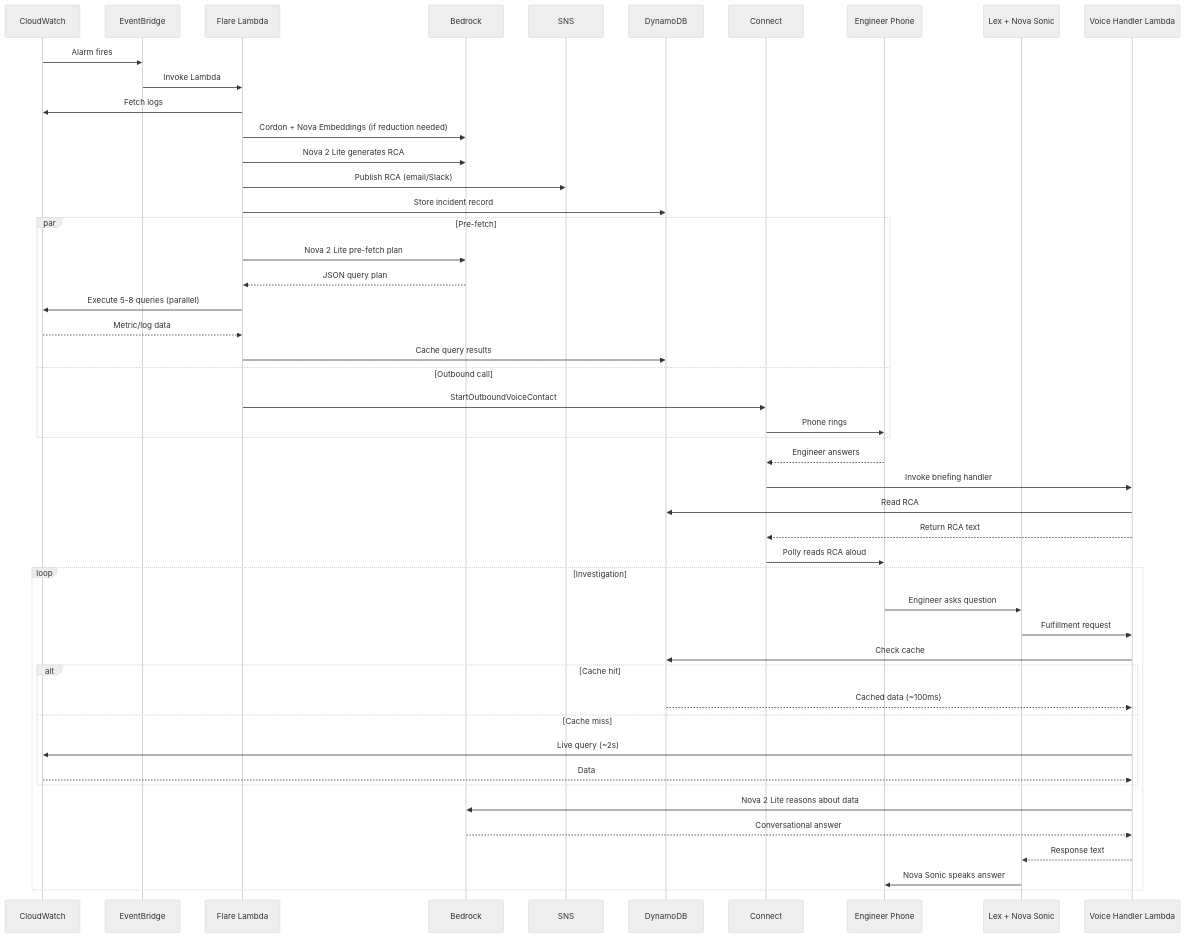
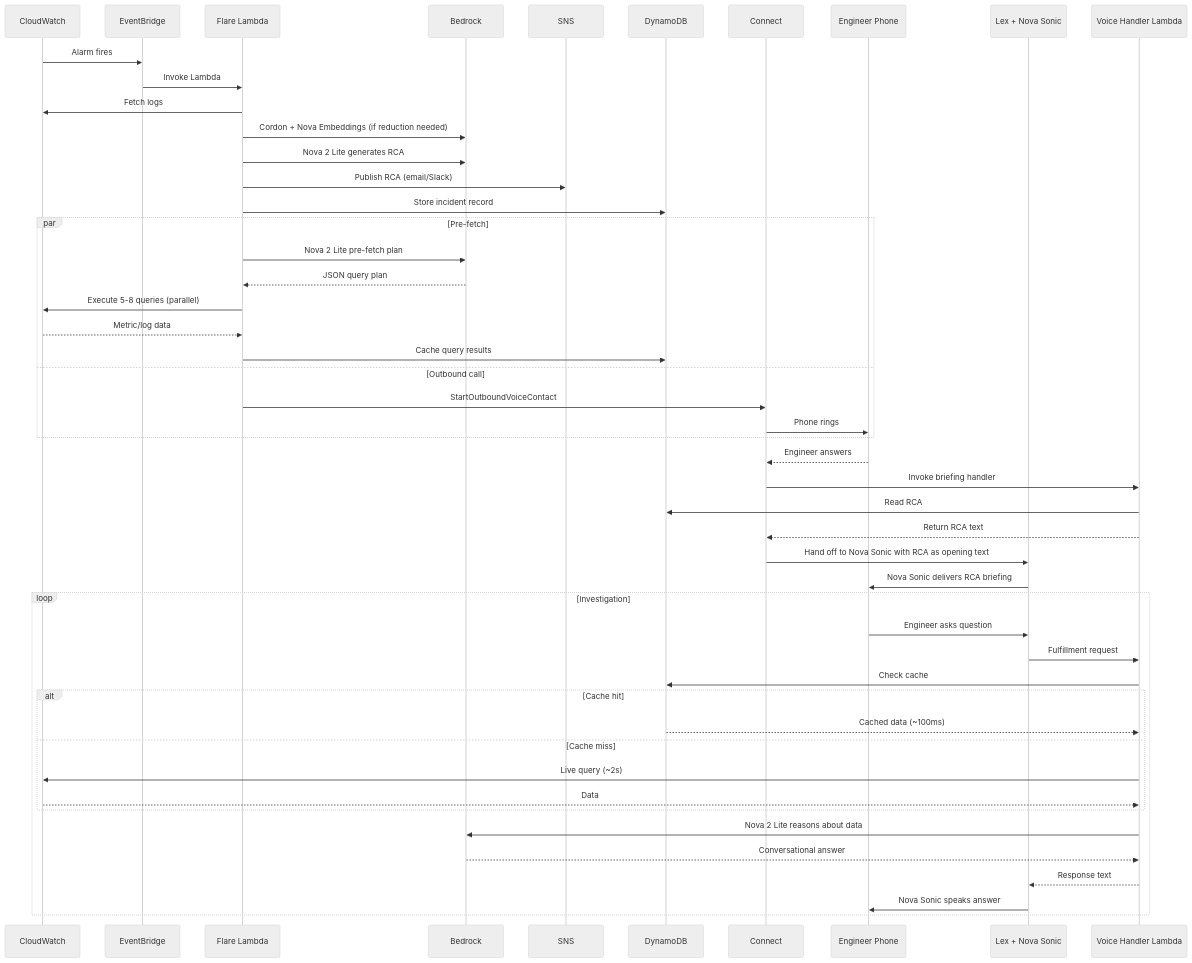
Before and after one commit to Shendu09/Nexus-nova: the sixth of 8 diagrams in docs/architecture.md, drawn with Mermaid (neutral theme). The commit also changed other lines of this file and 6 other files, not shown here.

First line of the commit message:
Route all voice through Nova 2 Sonic and update documentation

````diff
--- a/docs/architecture.md
+++ b/docs/architecture.md
@@ -170,51 +169,52 @@
 ```mermaid
 sequenceDiagram
     participant CW as CloudWatch
     participant EV as EventBridge
     participant FL as Flare Lambda
     participant BD as Bedrock
     participant SNS as SNS
     participant DDB as DynamoDB
     participant CON as Connect
     participant Phone as Engineer Phone
     participant Lex as Lex + Nova Sonic
     participant VH as Voice Handler Lambda
 
     CW->>EV: Alarm fires
     EV->>FL: Invoke Lambda
     FL->>CW: Fetch logs
     FL->>BD: Cordon + Nova Embeddings (if reduction needed)
     FL->>BD: Nova 2 Lite generates RCA
     FL->>SNS: Publish RCA (email/Slack)
     FL->>DDB: Store incident record
     par Pre-fetch
         FL->>BD: Nova 2 Lite pre-fetch plan
         BD-->>FL: JSON query plan
         FL->>CW: Execute 5-8 queries (parallel)
         CW-->>FL: Metric/log data
         FL->>DDB: Cache query results
     and Outbound call
         FL->>CON: StartOutboundVoiceContact
         CON->>Phone: Phone rings
     end
     Phone-->>CON: Engineer answers
     CON->>VH: Invoke briefing handler
     VH->>DDB: Read RCA
     VH-->>CON: Return RCA text
-    CON->>Phone: Polly reads RCA aloud
+    CON->>Lex: Hand off to Nova Sonic with RCA as opening text
+    Lex->>Phone: Nova Sonic delivers RCA briefing
     loop Investigation
         Phone->>Lex: Engineer asks question
         Lex->>VH: Fulfillment request
         VH->>DDB: Check cache
         alt Cache hit
             DDB-->>VH: Cached data (~100ms)
         else Cache miss
             VH->>CW: Live query (~2s)
             CW-->>VH: Data
         end
         VH->>BD: Nova 2 Lite reasons about data
         BD-->>VH: Conversational answer
         VH-->>Lex: Response text
         Lex->>Phone: Nova Sonic speaks answer
     end
 ```
````
